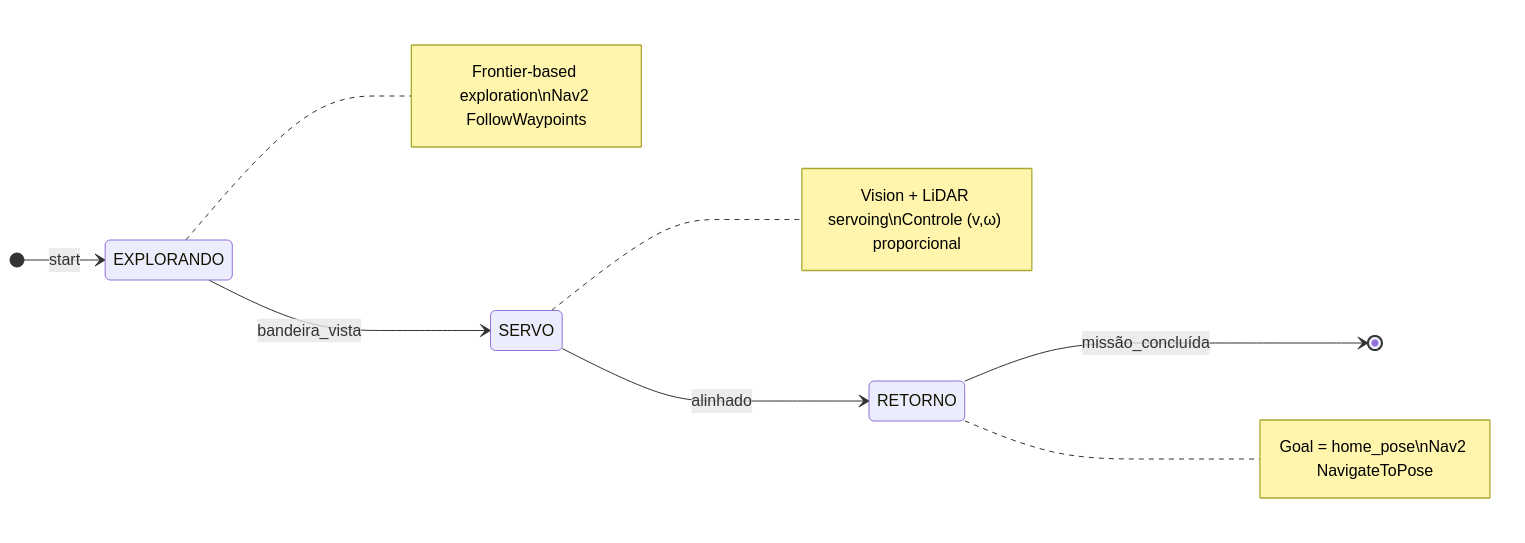
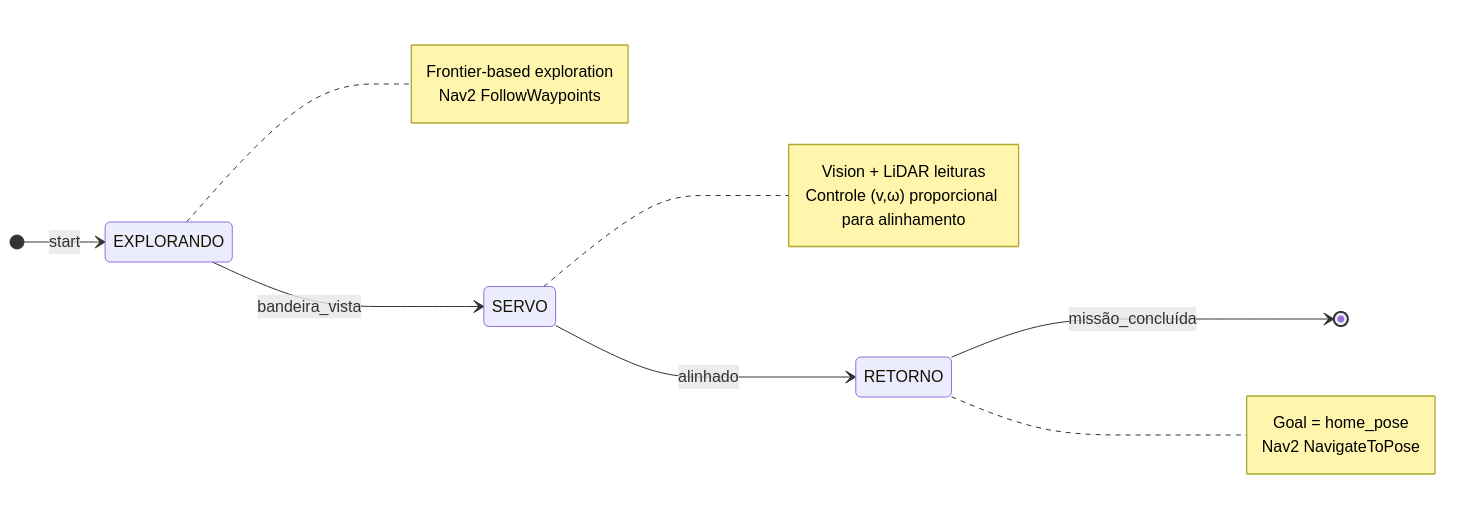
The diagram in README.md (ghtormena/prm), drawn with Mermaid before and after one commit. The commit also changed other lines of this file, not shown here.

````diff
--- a/README.md
+++ b/README.md
@@ -83,21 +93,24 @@
 ```mermaid
 stateDiagram-v2
     direction LR
     [*] --> EXPLORANDO : start
     EXPLORANDO --> SERVO : bandeira_vista
     SERVO --> RETORNO : alinhado
     RETORNO --> [*] : missão_concluída
 
     %% Anotações de cada estado
     note right of EXPLORANDO
-      Frontier-based exploration\nNav2 FollowWaypoints
+      Frontier-based exploration
+      Nav2 FollowWaypoints
     end note
 
     note right of SERVO
-      Vision + LiDAR servoing\nControle (v,ω) proporcional
+      Vision + LiDAR leituras
+      Controle (v,ω) proporcional para alinhamento
     end note
 
     note right of RETORNO
-      Goal = home_pose\nNav2 NavigateToPose
+      Goal = home_pose
+      Nav2 NavigateToPose
     end note
 ```
````
